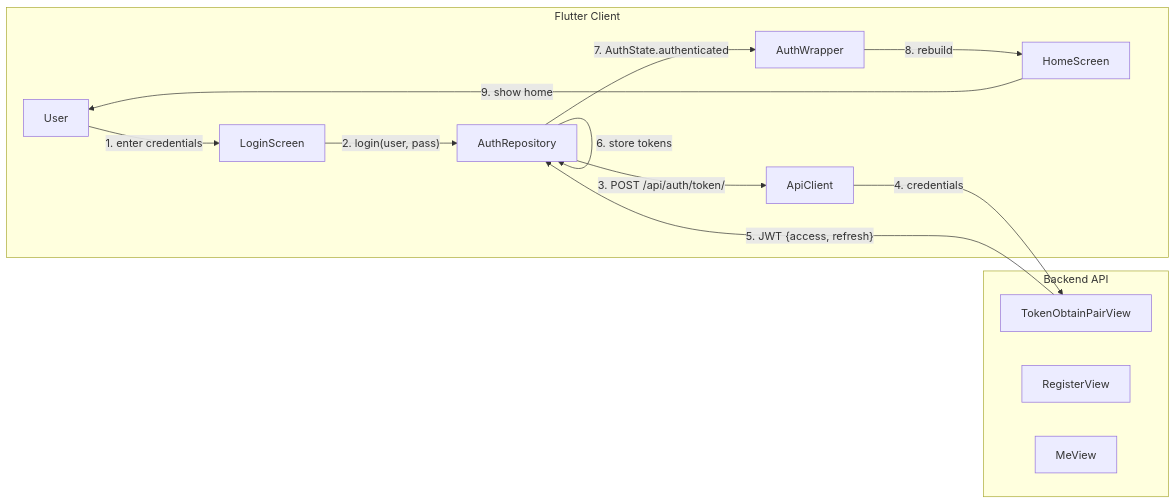
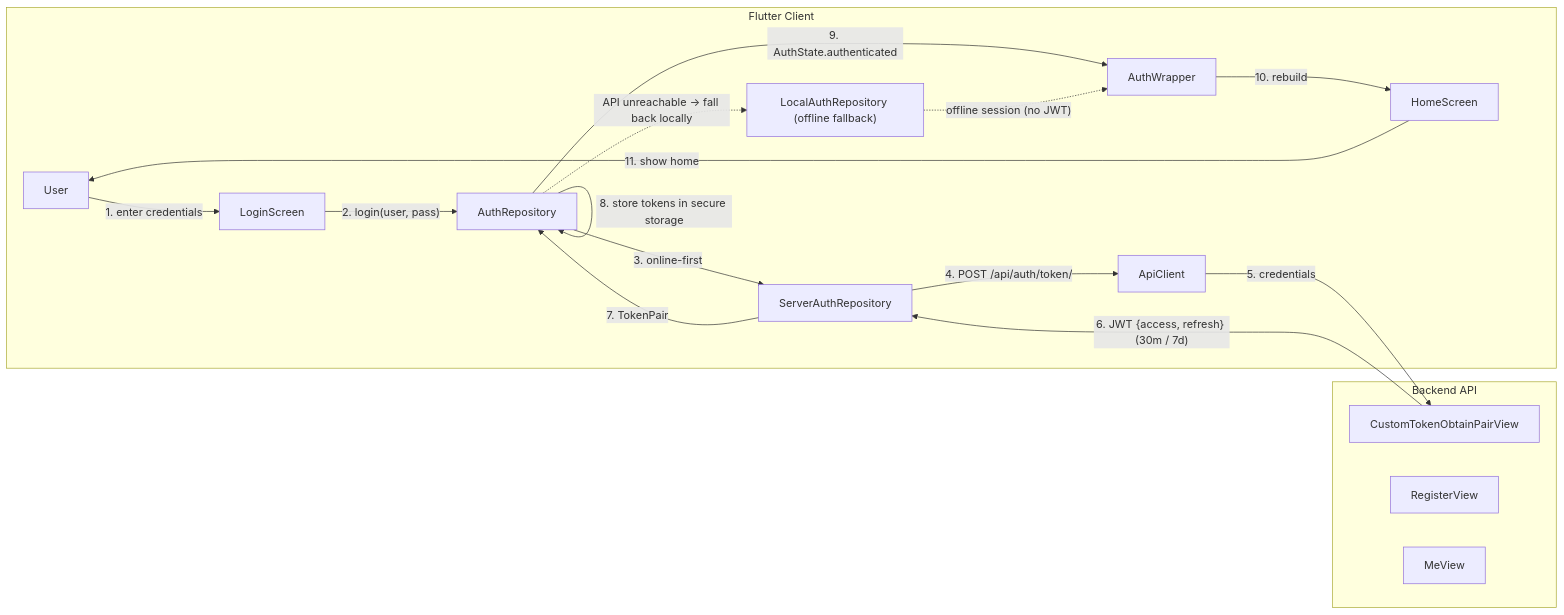
The second of 5 diagrams in docs/diagrams/05-communication-diagram.md (fabiljayson/Griot-2.0), drawn with Mermaid before and after one commit. The commit also changed other lines of this file and 87 other files, not shown here.

````diff
--- a/docs/diagrams/05-communication-diagram.md
+++ b/docs/diagrams/05-communication-diagram.md
@@ -50,27 +54,34 @@
 ```mermaid
 flowchart LR
     subgraph "Flutter Client"
         U["User"]
         LS["LoginScreen"]
         AR["AuthRepository"]
+        SR["ServerAuthRepository"]
+        LA["LocalAuthRepository (offline fallback)"]
         AC["ApiClient"]
         AW["AuthWrapper"]
         HS["HomeScreen"]
     end
 
     subgraph "Backend API"
-        TV["TokenObtainPairView"]
+        TV["CustomTokenObtainPairView"]
         RV["RegisterView"]
         MV["MeView"]
     end
 
     U -- "1. enter credentials" --> LS
     LS -- "2. login(user, pass)" --> AR
-    AR -- "3. POST /api/auth/token/" --> AC
-    AC -- "4. credentials" --> TV
-    TV -- "5. JWT {access, refresh}" --> AR
-    AR -- "6. store tokens" --> AR
-    AR -- "7. AuthState.authenticated" --> AW
-    AW -- "8. rebuild" --> HS
-    HS -- "9. show home" --> U
+    AR -- "3. online-first" --> SR
+    SR -- "4. POST /api/auth/token/" --> AC
+    AC -- "5. credentials" --> TV
+    TV -- "6. JWT {access, refresh} (30m / 7d)" --> SR
+    SR -- "7. TokenPair" --> AR
+    AR -- "8. store tokens in secure storage" --> AR
+    AR -- "9. AuthState.authenticated" --> AW
+    AW -- "10. rebuild" --> HS
+    HS -- "11. show home" --> U
+
+    AR -. "API unreachable → fall back locally" .-> LA
+    LA -. "offline session (no JWT)" .-> AW
 ```
````
